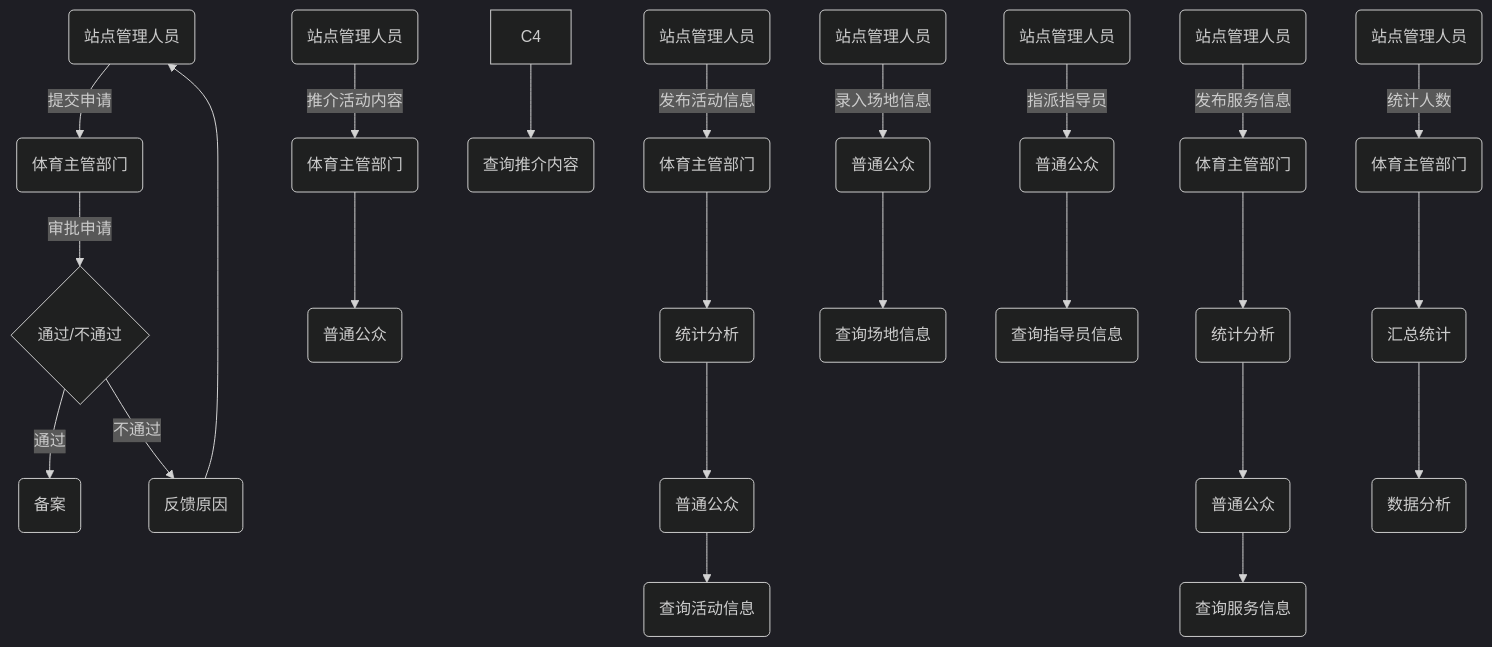
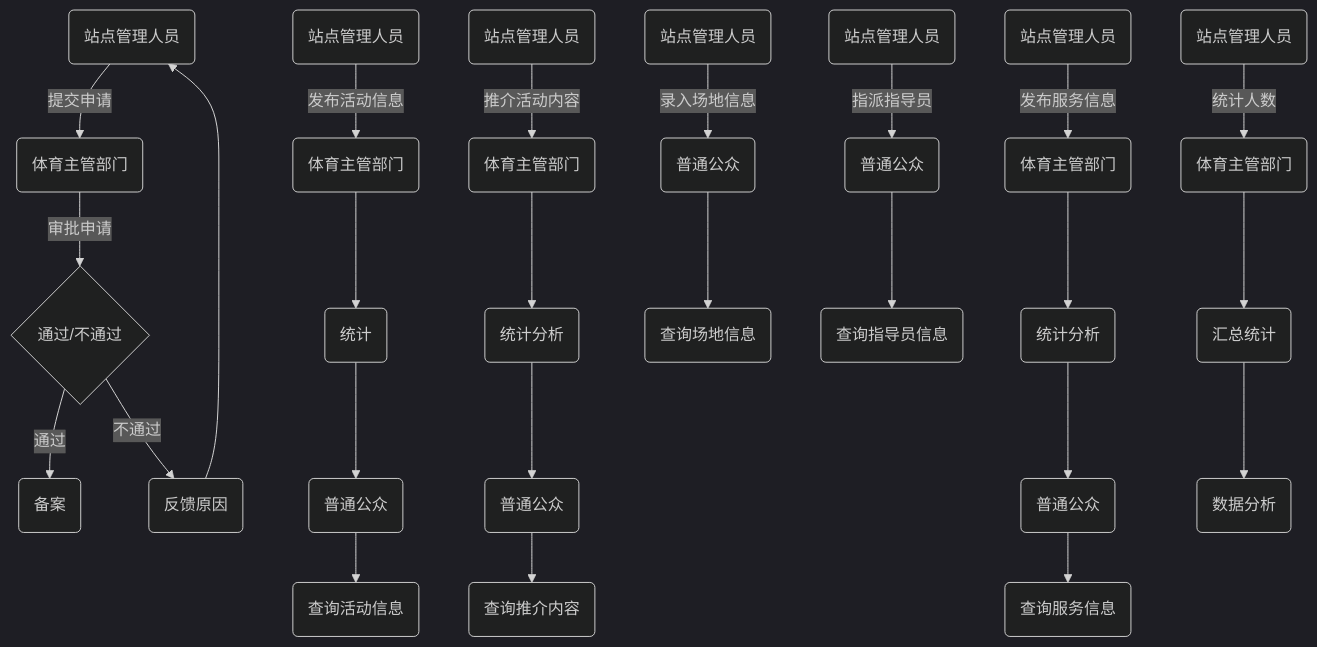
Before and after one commit to miaozjs/iodraw-files: the diagram in all/未命名-1.md, drawn with Mermaid (dark theme).

Commit message:
2024-06-13 17:35:20 update

````diff
--- a/all/未命名-1.md
+++ b/all/未命名-1.md
@@ -1,33 +1,34 @@
 ```mermaid
 graph TD
     A1(站点管理人员) -->|提交申请| A2(体育主管部门)
     A2 -->|审批申请| A3{通过/不通过}
     A3 -->|通过| A4(备案)
     A3 -->|不通过| A5(反馈原因)
     A5 --> A1
 
     B1(站点管理人员) -->|发布活动信息| B2(体育主管部门)
-    B2 --> B3(统计分析)
+    B2 --> B3(统计)
     B3 --> B4(普通公众)
     B4 --> B5(查询活动信息)
 
     C1(站点管理人员) -->|推介活动内容| C2(体育主管部门)
-    C2 --> C3(普通公众)
+    C2 --> C3(统计分析)
+    C3 --> C4(普通公众)
     C4 --> C5(查询推介内容)
 
     D1(站点管理人员) -->|发布服务信息| D2(体育主管部门)
     D2 --> D3(统计分析)
     D3 --> D4(普通公众)
     D4 --> D5(查询服务信息)
 
     E1(站点管理人员) -->|录入场地信息| E4(普通公众)
     E4 --> E6(查询场地信息)
 
     F1(站点管理人员) -->|指派指导员| F4(普通公众)
     F4 --> F6(查询指导员信息)
 
     G1(站点管理人员) -->|统计人数| G2(体育主管部门)
     G2 --> G3(汇总统计)
     G3 --> G4(数据分析)
 
 ```
````
